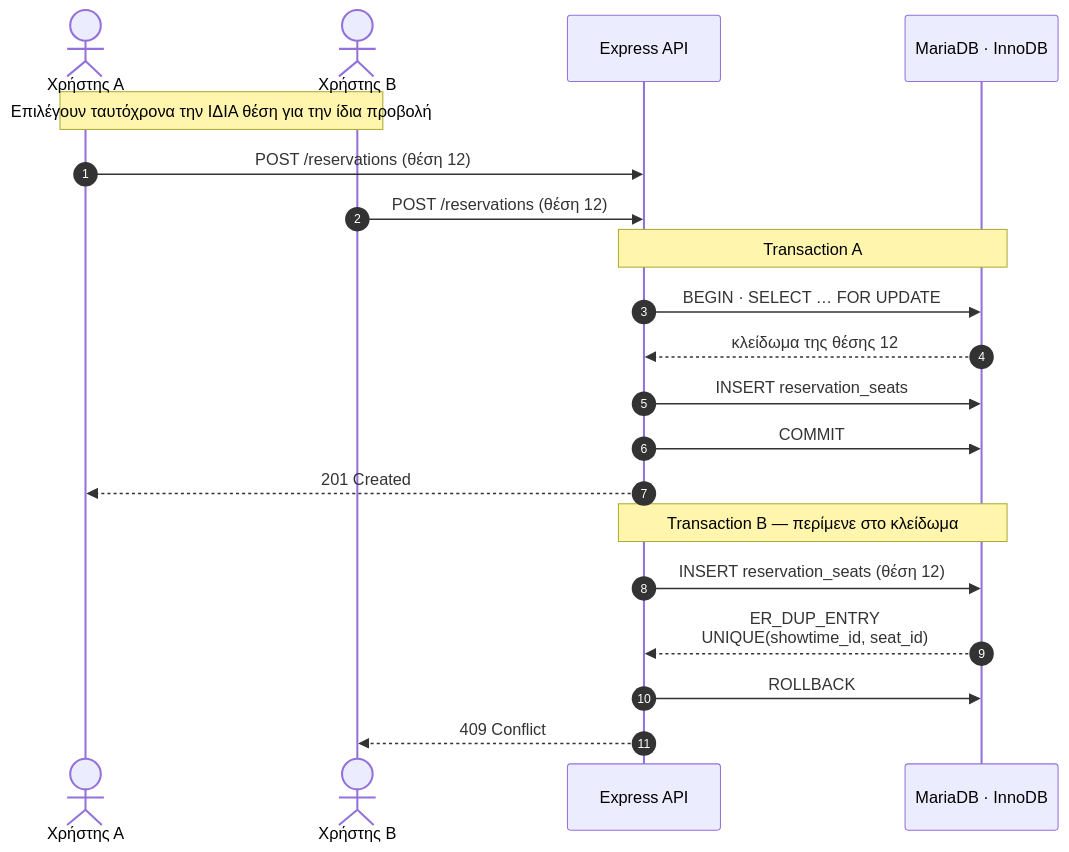
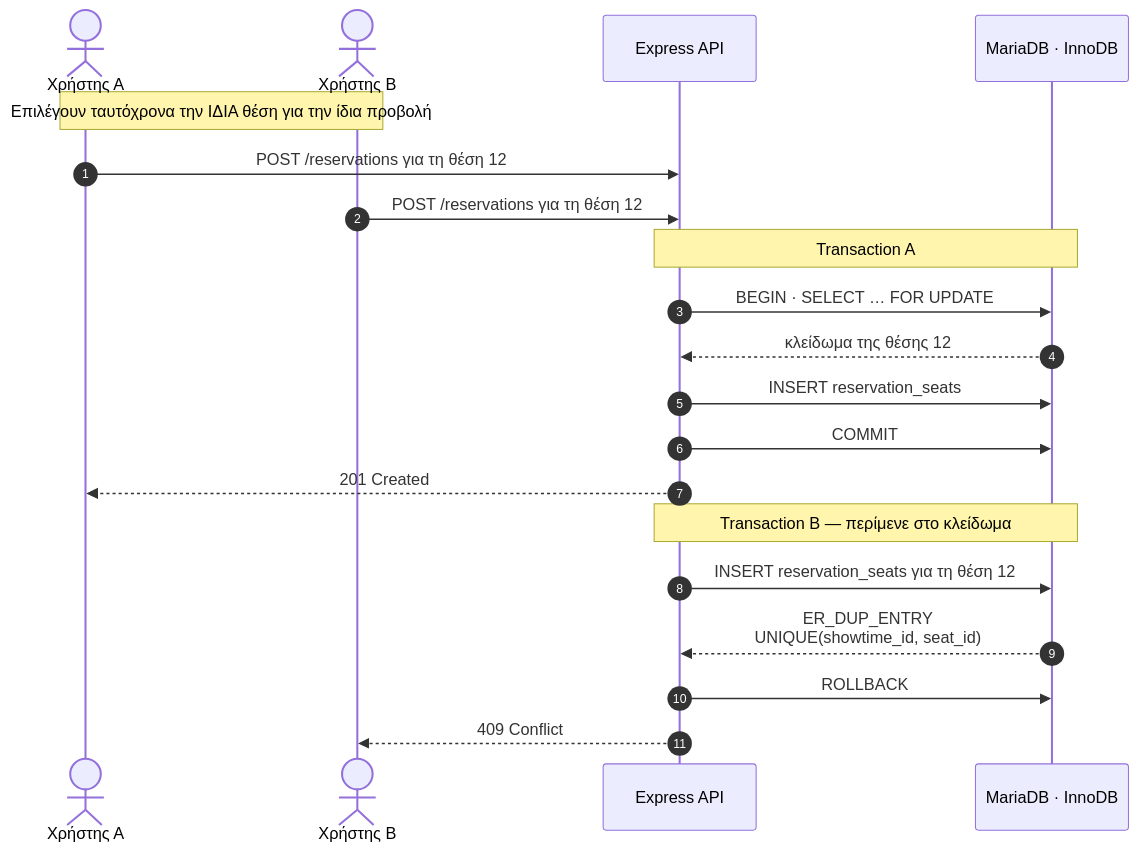
One commit to Charis-Stikos/Spotlight changed the third of 3 diagrams in README.md. Above: the diagram before and after it, drawn with Mermaid. The commit also changed other lines of this file, not shown here.

Commit message:
changed the README.md diagrams

````diff
--- a/README.md
+++ b/README.md
@@ -438,25 +462,25 @@
 ```mermaid
 sequenceDiagram
     autonumber
     actor A as Χρήστης Α
     actor B as Χρήστης Β
     participant API as Express API
     participant DB as MariaDB · InnoDB
 
     Note over A,B: Επιλέγουν ταυτόχρονα την ΙΔΙΑ θέση για την ίδια προβολή
-    A->>API: POST /reservations (θέση 12)
-    B->>API: POST /reservations (θέση 12)
+    A->>API: POST /reservations για τη θέση 12
+    B->>API: POST /reservations για τη θέση 12
 
     Note over API,DB: Transaction A
     API->>DB: BEGIN · SELECT … FOR UPDATE
     DB-->>API: κλείδωμα της θέσης 12
     API->>DB: INSERT reservation_seats
     API->>DB: COMMIT
     API-->>A: 201 Created
 
     Note over API,DB: Transaction B — περίμενε στο κλείδωμα
-    API->>DB: INSERT reservation_seats (θέση 12)
+    API->>DB: INSERT reservation_seats για τη θέση 12
     DB-->>API: ER_DUP_ENTRY<br/>UNIQUE(showtime_id, seat_id)
     API->>DB: ROLLBACK
     API-->>B: 409 Conflict
 ```
````
